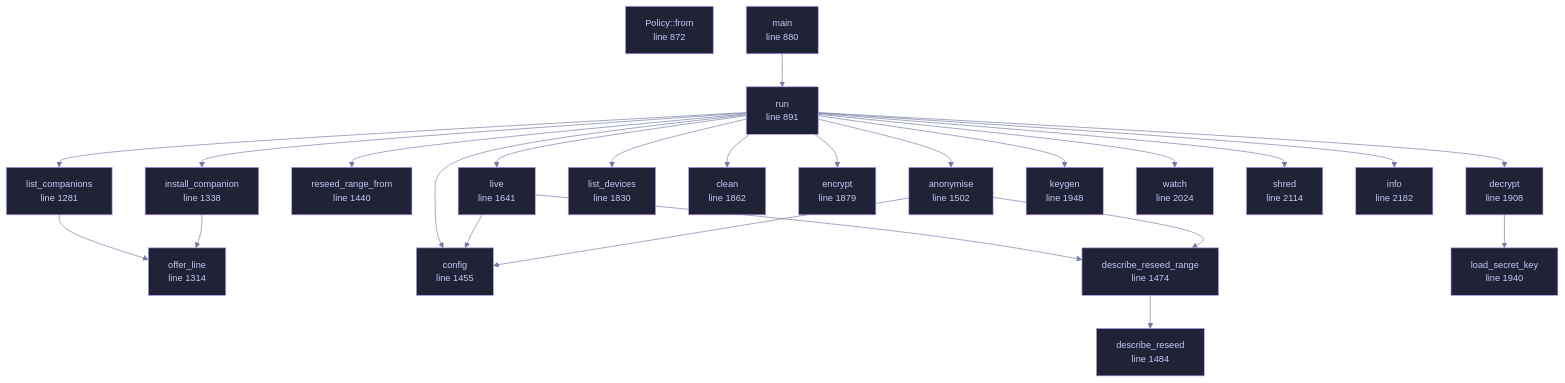
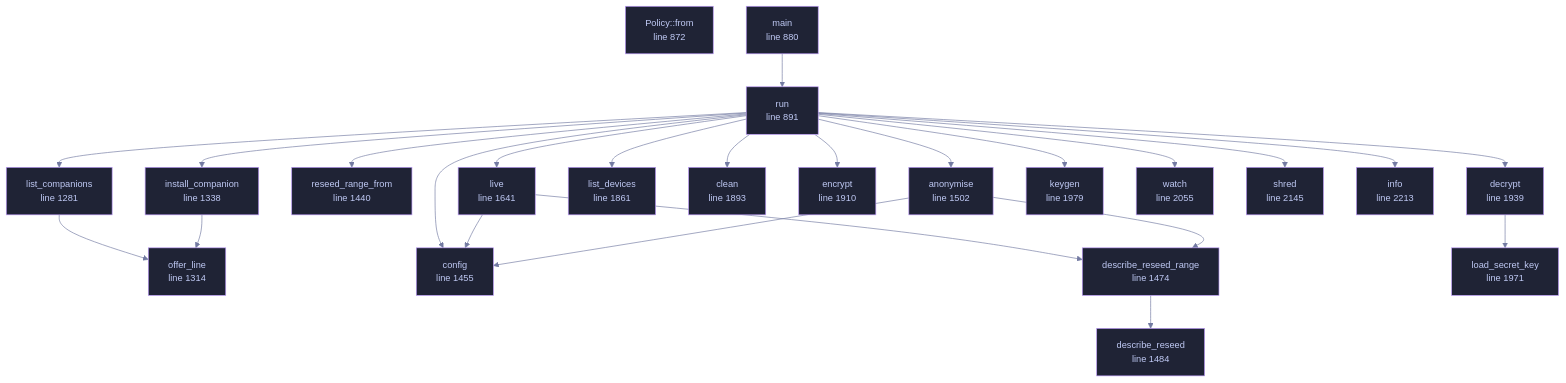
One commit to tilas01/veilvoice changed the diagram in docs/files/veilvoice-cli/main.md. Above: the diagram before and after it, drawn with Mermaid. The commit also changed other lines of this file and 31 other files, not shown here.

````diff
--- a/docs/files/veilvoice-cli/main.md
+++ b/docs/files/veilvoice-cli/main.md
@@ -130,71 +130,71 @@
 ```mermaid
 %%{init: {"theme":"base","themeVariables":{"background":"#1a1b26","primaryColor":"#1f2335","primaryTextColor":"#c0caf5","primaryBorderColor":"#7aa2f7","secondaryColor":"#16161e","tertiaryColor":"#16161e","lineColor":"#737aa2","textColor":"#c0caf5","mainBkg":"#1f2335","nodeBorder":"#7aa2f7","clusterBkg":"#16161e","clusterBorder":"#2f3549","fontFamily":"ui-monospace, SFMono-Regular, Consolas, monospace","fontSize":"14px"}}}%%
 flowchart TD
     n_from["Policy::from<br/>line 872"]
     n_main["main<br/>line 880"]
     n_run["run<br/>line 891"]
     n_list_companions["list_companions<br/>line 1281"]
     n_offer_line["offer_line<br/>line 1314"]
     n_install_companion["install_companion<br/>line 1338"]
     n_reseed_range_from["reseed_range_from<br/>line 1440"]
     n_config["config<br/>line 1455"]
     n_describe_reseed_range["describe_reseed_range<br/>line 1474"]
     n_describe_reseed["describe_reseed<br/>line 1484"]
     n_anonymise["anonymise<br/>line 1502"]
     n_live["live<br/>line 1641"]
-    n_list_devices["list_devices<br/>line 1830"]
-    n_clean["clean<br/>line 1862"]
-    n_encrypt["encrypt<br/>line 1879"]
-    n_decrypt["decrypt<br/>line 1908"]
-    n_load_secret_key["load_secret_key<br/>line 1940"]
-    n_keygen["keygen<br/>line 1948"]
-    n_watch["watch<br/>line 2024"]
-    n_shred["shred<br/>line 2114"]
-    n_info["info<br/>line 2182"]
+    n_list_devices["list_devices<br/>line 1861"]
+    n_clean["clean<br/>line 1893"]
+    n_encrypt["encrypt<br/>line 1910"]
+    n_decrypt["decrypt<br/>line 1939"]
+    n_load_secret_key["load_secret_key<br/>line 1971"]
+    n_keygen["keygen<br/>line 1979"]
+    n_watch["watch<br/>line 2055"]
+    n_shred["shred<br/>line 2145"]
+    n_info["info<br/>line 2213"]
     n_anonymise --> n_config
     n_anonymise --> n_describe_reseed_range
     n_decrypt --> n_load_secret_key
     n_describe_reseed_range --> n_describe_reseed
     n_install_companion --> n_offer_line
     n_list_companions --> n_offer_line
     n_live --> n_config
     n_live --> n_describe_reseed_range
     n_main --> n_run
     n_run --> n_anonymise
     n_run --> n_clean
     n_run --> n_config
     n_run --> n_decrypt
     n_run --> n_encrypt
     n_run --> n_info
     n_run --> n_install_companion
     n_run --> n_keygen
     n_run --> n_list_companions
     n_run --> n_list_devices
     n_run --> n_live
     n_run --> n_reseed_range_from
     n_run --> n_shred
     n_run --> n_watch
     click n_from href "https://github.com/tilas01/veilvoice/blob/main/crates/veilvoice-cli/src/main.rs#L872" "open the source"
     click n_main href "https://github.com/tilas01/veilvoice/blob/main/crates/veilvoice-cli/src/main.rs#L880" "open the source"
     click n_run href "https://github.com/tilas01/veilvoice/blob/main/crates/veilvoice-cli/src/main.rs#L891" "open the source"
     click n_list_companions href "https://github.com/tilas01/veilvoice/blob/main/crates/veilvoice-cli/src/main.rs#L1281" "open the source"
     click n_offer_line href "https://github.com/tilas01/veilvoice/blob/main/crates/veilvoice-cli/src/main.rs#L1314" "open the source"
     click n_install_companion href "https://github.com/tilas01/veilvoice/blob/main/crates/veilvoice-cli/src/main.rs#L1338" "open the source"
     click n_reseed_range_from href "https://github.com/tilas01/veilvoice/blob/main/crates/veilvoice-cli/src/main.rs#L1440" "open the source"
     click n_config href "https://github.com/tilas01/veilvoice/blob/main/crates/veilvoice-cli/src/main.rs#L1455" "open the source"
     click n_describe_reseed_range href "https://github.com/tilas01/veilvoice/blob/main/crates/veilvoice-cli/src/main.rs#L1474" "open the source"
     click n_describe_reseed href "https://github.com/tilas01/veilvoice/blob/main/crates/veilvoice-cli/src/main.rs#L1484" "open the source"
     click n_anonymise href "https://github.com/tilas01/veilvoice/blob/main/crates/veilvoice-cli/src/main.rs#L1502" "open the source"
     click n_live href "https://github.com/tilas01/veilvoice/blob/main/crates/veilvoice-cli/src/main.rs#L1641" "open the source"
-    click n_list_devices href "https://github.com/tilas01/veilvoice/blob/main/crates/veilvoice-cli/src/main.rs#L1830" "open the source"
-    click n_clean href "https://github.com/tilas01/veilvoice/blob/main/crates/veilvoice-cli/src/main.rs#L1862" "open the source"
-    click n_encrypt href "https://github.com/tilas01/veilvoice/blob/main/crates/veilvoice-cli/src/main.rs#L1879" "open the source"
-    click n_decrypt href "https://github.com/tilas01/veilvoice/blob/main/crates/veilvoice-cli/src/main.rs#L1908" "open the source"
-    click n_load_secret_key href "https://github.com/tilas01/veilvoice/blob/main/crates/veilvoice-cli/src/main.rs#L1940" "open the source"
-    click n_keygen href "https://github.com/tilas01/veilvoice/blob/main/crates/veilvoice-cli/src/main.rs#L1948" "open the source"
-    click n_watch href "https://github.com/tilas01/veilvoice/blob/main/crates/veilvoice-cli/src/main.rs#L2024" "open the source"
-    click n_shred href "https://github.com/tilas01/veilvoice/blob/main/crates/veilvoice-cli/src/main.rs#L2114" "open the source"
-    click n_info href "https://github.com/tilas01/veilvoice/blob/main/crates/veilvoice-cli/src/main.rs#L2182" "open the source"
+    click n_list_devices href "https://github.com/tilas01/veilvoice/blob/main/crates/veilvoice-cli/src/main.rs#L1861" "open the source"
+    click n_clean href "https://github.com/tilas01/veilvoice/blob/main/crates/veilvoice-cli/src/main.rs#L1893" "open the source"
+    click n_encrypt href "https://github.com/tilas01/veilvoice/blob/main/crates/veilvoice-cli/src/main.rs#L1910" "open the source"
+    click n_decrypt href "https://github.com/tilas01/veilvoice/blob/main/crates/veilvoice-cli/src/main.rs#L1939" "open the source"
+    click n_load_secret_key href "https://github.com/tilas01/veilvoice/blob/main/crates/veilvoice-cli/src/main.rs#L1971" "open the source"
+    click n_keygen href "https://github.com/tilas01/veilvoice/blob/main/crates/veilvoice-cli/src/main.rs#L1979" "open the source"
+    click n_watch href "https://github.com/tilas01/veilvoice/blob/main/crates/veilvoice-cli/src/main.rs#L2055" "open the source"
+    click n_shred href "https://github.com/tilas01/veilvoice/blob/main/crates/veilvoice-cli/src/main.rs#L2145" "open the source"
+    click n_info href "https://github.com/tilas01/veilvoice/blob/main/crates/veilvoice-cli/src/main.rs#L2213" "open the source"
     classDef helper fill:#1f2335,stroke:#bb9af7,color:#c0caf5
     class n_from,n_main,n_run,n_list_companions,n_offer_line,n_install_companion,n_reseed_range_from,n_config,n_describe_reseed_range,n_describe_reseed,n_anonymise,n_live,n_list_devices,n_clean,n_encrypt,n_decrypt,n_load_secret_key,n_keygen,n_watch,n_shred,n_info helper
 ```
````
